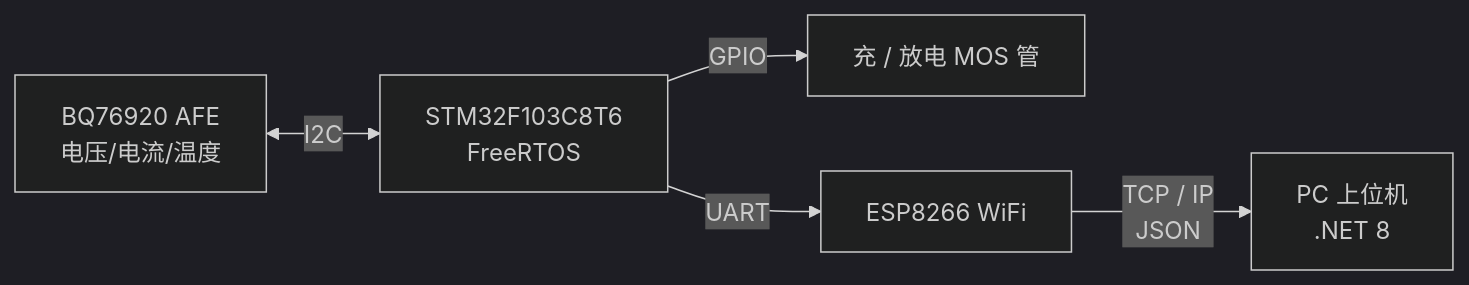
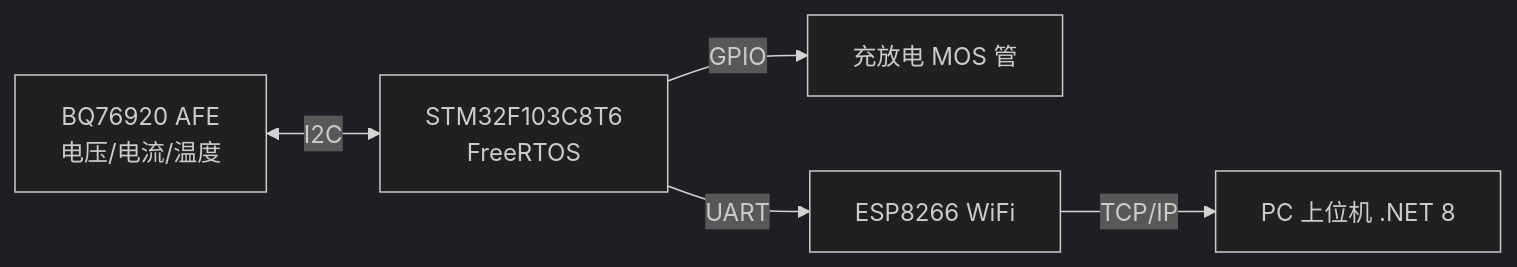
Before and after one commit to QingFeng616/QingFeng616.github.io: the first of 2 diagrams in docs/projects/BMS项目博客.md, drawn with Mermaid (dark theme). The commit also changed other lines of this file, not shown here.

````diff
--- a/docs/projects/BMS项目博客.md
+++ b/docs/projects/BMS项目博客.md
@@ -13,7 +13,7 @@
 ```mermaid
 flowchart LR
-    A[BQ76920 AFE<br/>电压/电流/温度] <-->|I2C| B[STM32F103C8T6<br/>FreeRTOS]
-    B -->|GPIO| C[充 / 放电 MOS 管]
-    B -->|UART| D[ESP8266 WiFi]
-    D -->|TCP / IP<br/>JSON| E[PC 上位机<br/>.NET 8]
+    A["BQ76920 AFE<br/>电压/电流/温度"] <-->|I2C| B["STM32F103C8T6<br/>FreeRTOS"]
+    B -->|GPIO| C["充放电 MOS 管"]
+    B -->|UART| D["ESP8266 WiFi"]
+    D -->|TCP/IP| E["PC 上位机 .NET 8"]
 ```
````
